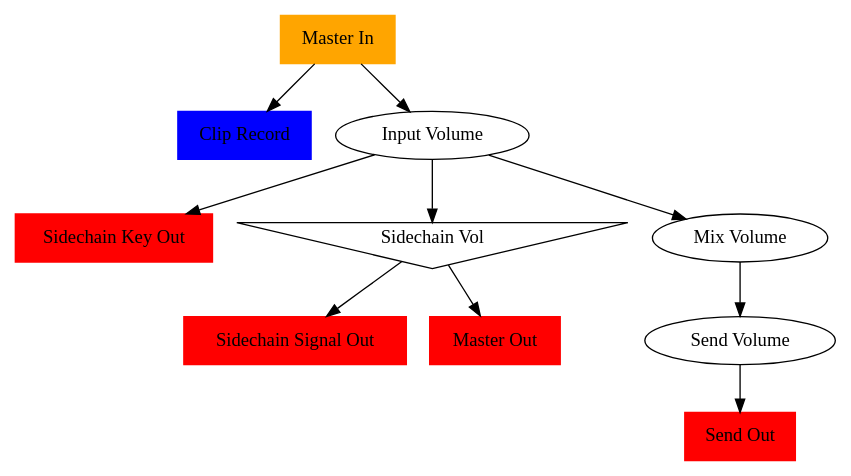
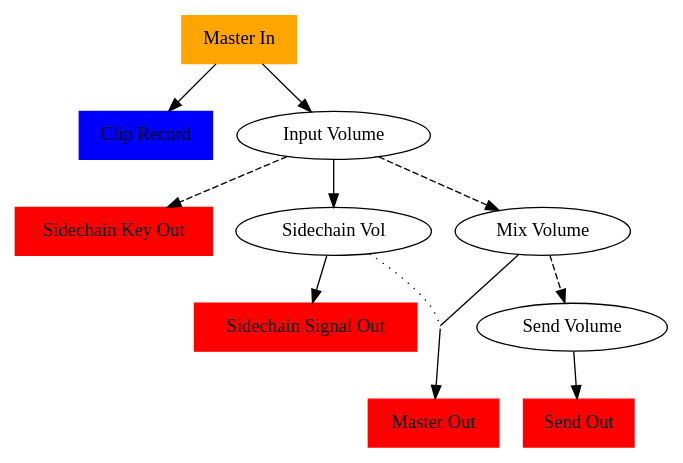
Before and after one commit to georgkrause/luppp-signalflow: the diagram in input.dot, drawn with Graphviz.

Commit message:
better representation

```diff
--- a/input.dot
+++ b/input.dot
@@ -1,22 +1,27 @@
 /* TODO: Display Crossfader correctly */
 
 strict digraph input {
     master_in [label="Master In", shape=box, style=filled, color=orange];
 
     send_out [label="Send Out", shape=box, style=filled, color=red];
     sidechain_key_out [label="Sidechain Key Out", shape=box, style=filled, color=red];
     sidechain_signal_out [label="Sidechain Signal Out", shape=box, style=filled, color=red];
     master_out [label="Master Out", shape=box, style=filled, color=red];
 
     clip_record [label="Clip Record", shape=box, style=filled, color=blue];
 
-    sidechain_signal_volume [label="Sidechain Vol", shape=invtriangle]
+    sidechain_signal_volume [label="Sidechain Vol", shape=ellipse]
+
+    connect[ shape = point, width = 0 ];
 
     master_in -> "Input Volume";
-    "Input Volume" -> "Mix Volume";
-    "Mix Volume" -> "Send Volume" -> send_out;
-    "Input Volume" -> sidechain_key_out;
+    "Input Volume" -> "Mix Volume" [style=dashed];
+    "Mix Volume" -> "Send Volume" [style=dashed];
+    "Send Volume" -> send_out;
+    "Input Volume" -> sidechain_key_out [style=dashed];
     "Input Volume" -> sidechain_signal_volume -> sidechain_signal_out;
-    sidechain_signal_volume -> master_out;
+    "Mix Volume" -> connect[ arrowhead = none ];
     master_in -> clip_record;
+    sidechain_signal_volume -> connect[style=dotted, arrowhead=none];
+    connect -> master_out;
 }
```
